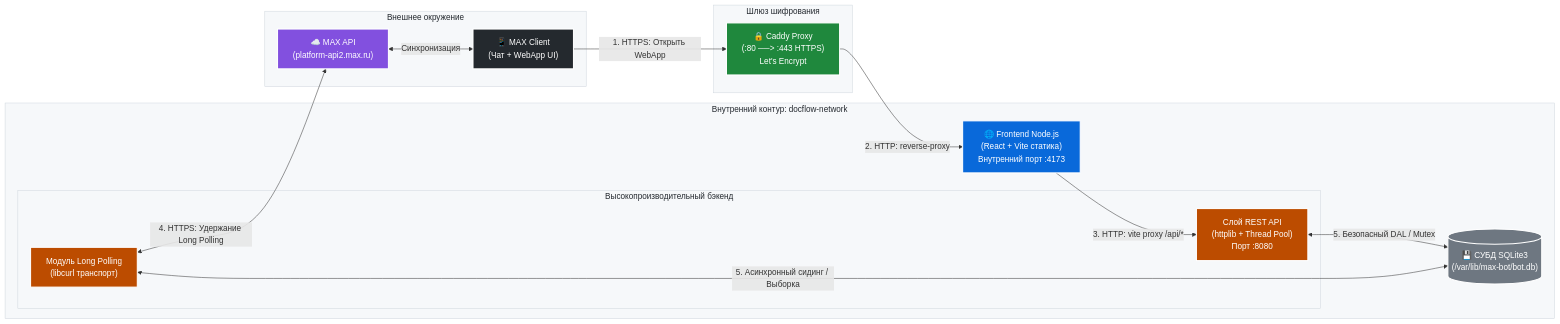
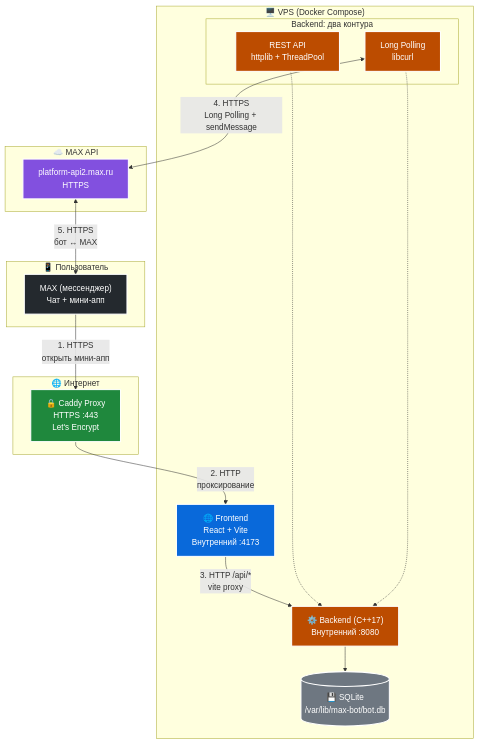
One commit to Hackathon-team-max/Hackaton-project-bot changed the diagram in README.md. Above: the diagram before and after it, drawn with Mermaid. The commit also changed other lines of this file, not shown here.

````diff
--- a/README.md
+++ b/README.md
@@ -27,53 +27,48 @@
 ```mermaid
-graph LR
-    %% Слой Клиента и Внешних Платформ
-    subgraph PlatformLayer ["Внешнее окружение"]
-        MAX_UI["📱 MAX Client<br/>(Чат + WebApp UI)"]
-        MAX_API["☁️ MAX API<br/>(platform-api2.max.ru)"]
+graph TB
+    subgraph UserGroup ["📱 Пользователь"]
+        MAX["MAX (мессенджер)<br/>Чат + мини-апп"]
     end
 
-    %% Входной защитный периметр
-    subgraph ProxyLayer ["Шлюз шифрования"]
-        CADDY["🔒 Caddy Proxy<br/>(:80 ──> :443 HTTPS)<br/>Let's Encrypt"]
+    subgraph InternetGroup ["🌐 Интернет"]
+        CADDY["🔒 Caddy Proxy<br/>HTTPS :443<br/>Let's Encrypt"]
     end
 
-    %% Изолированный Docker контур
-    subgraph DockerLayer ["Внутренний контур: docflow-network"]
-        FRONT["🌐 Frontend Node.js<br/>(React + Vite статика)<br/>Внутренний порт :4173"]
-        
-        subgraph CppServer ["Высокопроизводительный бэкенд"]
-            REST["Слой REST API<br/>(httplib + Thread Pool)<br/>Порт :8080"]
-            LP["Модуль Long Polling<br/>(libcurl транспорт)"]
+    subgraph VpsGroup ["🖥️ VPS (Docker Compose)"]
+        FRONT["🌐 Frontend<br/>React + Vite<br/>Внутренний :4173"]
+        BACK["⚙️ Backend (C++17)<br/>Внутренний :8080"]
+        DB[("💾 SQLite<br/>/var/lib/max-bot/bot.db")]
+
+        subgraph BackInner ["Backend: два контура"]
+            REST["REST API<br/>httplib + ThreadPool"]
+            LP["Long Polling<br/>libcurl"]
         end
-        
-        DB[("💾 СУБД SQLite3<br/>(/var/lib/max-bot/bot.db)")]
     end
 
-    %% Потоки управления трафиком
-    MAX_UI -->|1. HTTPS: Открыть WebApp| CADDY
-    CADDY -->|2. HTTP: reverse-proxy| FRONT
-    FRONT -->|3. HTTP: vite proxy /api/*| REST
-    
-    REST <-->|5. Безопасный DAL / Mutex| DB
-    LP <-->|5. Асинхронный сидинг / Выборка| DB
-    
-    LP <-->|4. HTTPS: Удержание Long Polling| MAX_API
-    MAX_API <-->|Синхронизация| MAX_UI
+    subgraph MaxApiGroup ["☁️ MAX API"]
+        API["platform-api2.max.ru<br/>HTTPS"]
+    end
 
-    %% Профессиональная стилизация графа
-    classDef layer fill:#f6f8fa,stroke:#d0d7de,stroke-width:1px,color:#24292f
-    classDef client fill:#24292e,stroke:#fff,stroke-width:2px,color:#fff
-    classDef proxy fill:#1f883d,stroke:#fff,stroke-width:2px,color:#fff
-    classDef container fill:#0969da,stroke:#fff,stroke-width:2px,color:#fff
-    classDef cpp fill:#bc4c00,stroke:#fff,stroke-width:2px,color:#fff
-    classDef storage fill:#6e7781,stroke:#fff,stroke-width:2px,color:#fff
-    classDef cloud fill:#8250df,stroke:#fff,stroke-width:2px,color:#fff
+    MAX -->|"1. HTTPS<br/>открыть мини-апп"| CADDY
+    CADDY -->|"2. HTTP<br/>проксирование"| FRONT
+    FRONT -->|"3. HTTP /api/*<br/>vite proxy"| BACK
+    BACK --> DB
+    REST -.-> BACK
+    LP -.-> BACK
+    LP <-->|"4. HTTPS<br/>Long Polling + sendMessage"| API
+    API <-->|"5. HTTPS<br/>бот ↔ MAX"| MAX
 
-    class PlatformLayer,ProxyLayer,DockerLayer,CppServer layer
-    class MAX_UI client
-    class CADDY proxy
-    class FRONT container
-    class REST,LP cpp
-    class DB storage
-    class MAX_API cloud
+    classDef user fill:#24292e,stroke:#fff,stroke-width:2px,color:#fff
+    classDef caddy fill:#1f883d,stroke:#fff,stroke-width:2px,color:#fff
+    classDef front fill:#0969da,stroke:#fff,stroke-width:2px,color:#fff
+    classDef back fill:#bc4c00,stroke:#fff,stroke-width:2px,color:#fff
+    classDef db fill:#6e7781,stroke:#fff,stroke-width:2px,color:#fff
+    classDef api fill:#8250df,stroke:#fff,stroke-width:2px,color:#fff
+
+    class MAX user
+    class CADDY caddy
+    class FRONT front
+    class BACK,REST,LP back
+    class DB db
+    class API api
 ```
````
